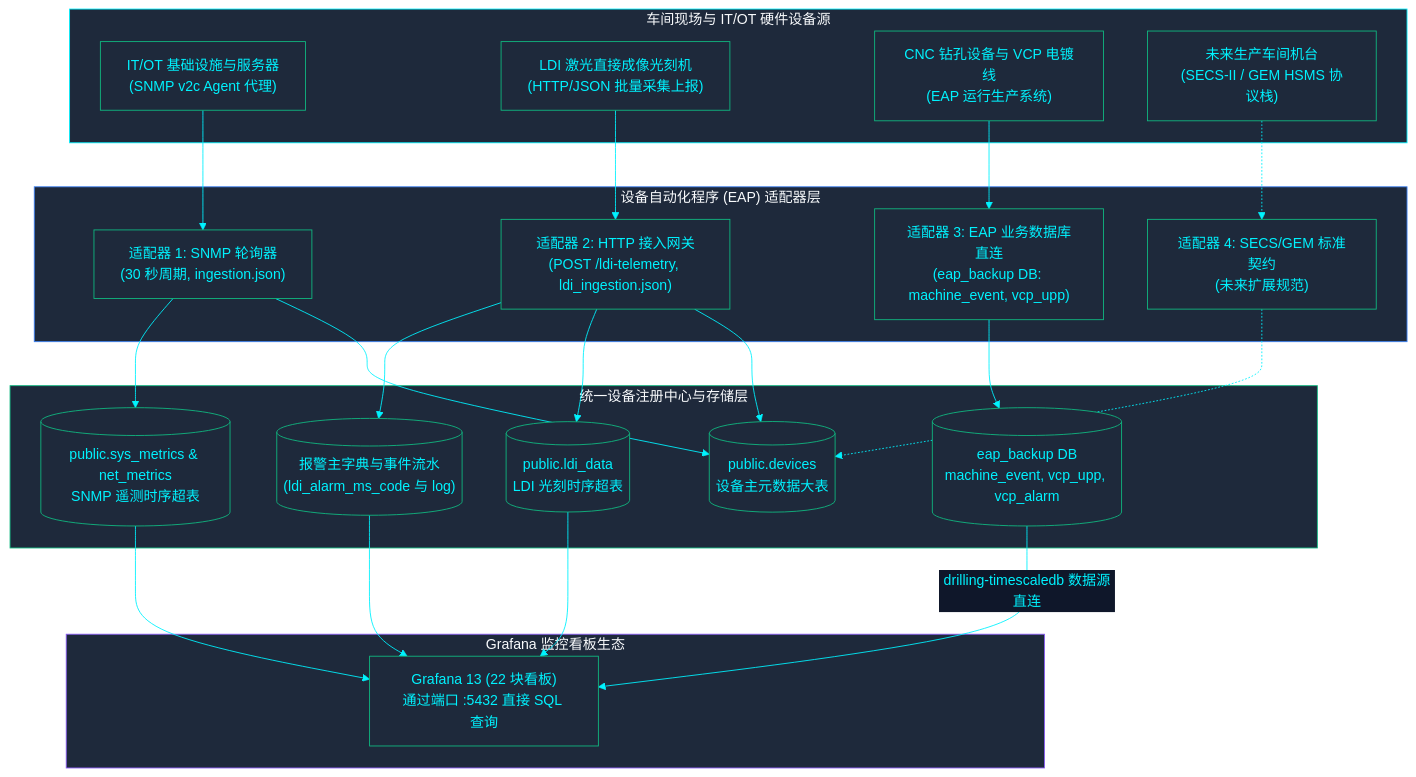
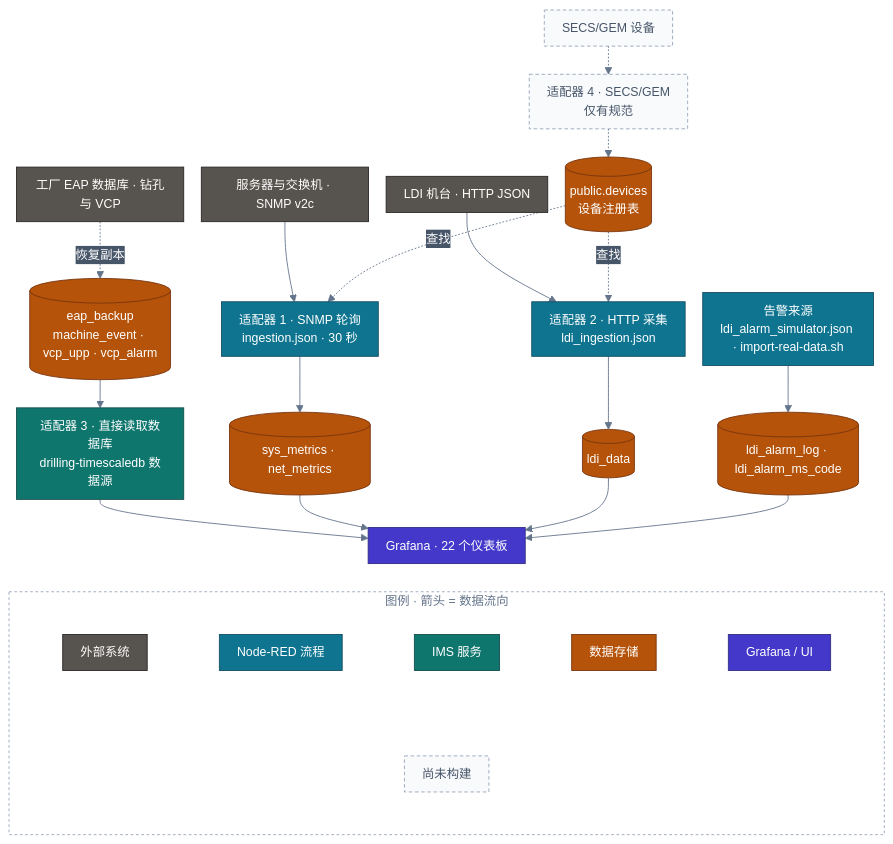
The diagram in zh-CN/docs/architecture/EAP_ARCHITECTURE.md (PATTANAKORN025/IMS), drawn with Mermaid before and after one commit. The commit also changed 84 other files, not shown here.

First line of the commit message:
docs(diagrams): one verified, accessible standard for every Mermaid diagram

````diff
--- a/zh-CN/docs/architecture/EAP_ARCHITECTURE.md
+++ b/zh-CN/docs/architecture/EAP_ARCHITECTURE.md
@@ -30,47 +30,59 @@
 ```mermaid
-%%{init: {'theme': 'base', 'themeVariables': { 'primaryColor': '#1e293b', 'primaryTextColor': '#00F2FE', 'primaryBorderColor': '#10B981', 'lineColor': '#00F2FE', 'secondaryColor': '#0f172a', 'tertiaryColor': '#0f172a', 'clusterBkg': '#030407', 'clusterBorder': '#00F2FE'}}}%%
+%%{init: {"flowchart": {"nodeSpacing": 20, "rankSpacing": 32, "padding": 10, "wrappingWidth": 150, "curve": "basis"}, "sequence": {"wrap": true, "width": 170, "actorMargin": 36, "boxMargin": 8, "noteMargin": 8, "messageMargin": 30, "mirrorActors": false}, "state": {"padding": 6}, "theme": "base", "themeVariables": {"fontFamily": "Inter, Segoe UI, Helvetica, Arial, sans-serif", "fontSize": "14px", "primaryColor": "#334155", "primaryTextColor": "#ffffff", "primaryBorderColor": "#1e293b", "lineColor": "#64748b", "textColor": "#64748b", "secondaryColor": "#475569", "tertiaryColor": "#f1f5f9", "clusterBkg": "transparent", "clusterBorder": "#94a3b8", "titleColor": "#64748b", "edgeLabelBackground": "#475569", "nodeTextColor": "#ffffff", "noteBkgColor": "#fef3c7", "noteTextColor": "#1e293b", "noteBorderColor": "#d97706", "actorBkg": "#334155", "actorTextColor": "#ffffff", "actorBorder": "#1e293b", "actorLineColor": "#94a3b8", "signalColor": "#64748b", "signalTextColor": "#64748b", "labelBoxBkgColor": "#334155", "labelBoxBorderColor": "#1e293b", "labelTextColor": "#ffffff", "loopTextColor": "#64748b", "activationBkgColor": "#e2e8f0", "sequenceNumberColor": "#ffffff", "stateLabelColor": "#ffffff", "compositeBackground": "transparent", "transitionColor": "#64748b", "transitionLabelColor": "#64748b"}}}%%
 flowchart TB
-  subgraph SOURCES["车间现场与 IT/OT 硬件设备源"]
-    S1["IT/OT 基础设施与服务器\n(SNMP v2c Agent 代理)"]
-    S2["LDI 激光直接成像光刻机\n(HTTP/JSON 批量采集上报)"]
-    S3["CNC 钻孔设备与 VCP 电镀线\n(EAP 运行生产系统)"]
-    S4["未来生产车间机台\n(SECS-II / GEM HSMS 协议栈)"]
+  accTitle: 设备集成适配器
+  accDescr: 现有三种适配器：Node-RED 中的 SNMP 轮询与 HTTP 采集（在 public.devices 中查找机台），以及直接读取 eap_backup 数据库；LDI 告警来自告警模拟器或真实数据导入；SECS/GEM 适配器已有规范但尚未构建。
+  S1["服务器与交换机 · SNMP v2c"]:::ext
+  S2["LDI 机台 · HTTP JSON"]:::ext
+  S3["工厂 EAP 数据库 · 钻孔与 VCP"]:::ext
+  S4["SECS/GEM 设备"]:::future
+  A1["适配器 1 · SNMP 轮询<br/>ingestion.json · 30 秒"]:::flow
+  A2["适配器 2 · HTTP 采集<br/>ldi_ingestion.json"]:::flow
+  A3["适配器 3 · 直接读取数据库<br/>drilling-timescaledb 数据源"]:::app
+  A4["适配器 4 · SECS/GEM<br/>仅有规范"]:::future
+  ASRC["告警来源<br/>ldi_alarm_simulator.json · import-real-data.sh"]:::flow
+  DEV[("public.devices<br/>设备注册表")]:::store
+  HSYS[("sys_metrics · net_metrics")]:::store
+  HLDI[("ldi_data")]:::store
+  ALM[("ldi_alarm_log · ldi_alarm_ms_code")]:::store
+  EAPDB[("eap_backup<br/>machine_event · vcp_upp · vcp_alarm")]:::store
+  GRAF["Grafana · 22 个仪表板"]:::viz
+  S1 --> A1 --> HSYS
+  S2 --> A2 --> HLDI
+  DEV -.->|"查找"| A1
+  DEV -.->|"查找"| A2
+  S3 -.->|"恢复副本"| EAPDB
+  EAPDB --> A3 --> GRAF
+  ASRC --> ALM
+  S4 -.-> A4 -.-> DEV
+  HSYS --> GRAF
+  HLDI --> GRAF
+  ALM --> GRAF
+
+  subgraph LEGEND["图例 · 箭头 = 数据流向"]
+    direction TB
+    subgraph LEGEND_0[" "]
+      direction LR
+      LG_ext["外部系统"]:::ext ~~~ LG_flow["Node-RED 流程"]:::flow ~~~ LG_app["IMS 服务"]:::app ~~~ LG_store["数据存储"]:::store ~~~ LG_viz["Grafana / UI"]:::viz
+    end
+    subgraph LEGEND_1[" "]
+      direction LR
+      LG_future["尚未构建"]:::future
+    end
+    LEGEND_0 ~~~ LEGEND_1
   end
-
-  subgraph ADAPTERS["设备自动化程序 (EAP) 适配器层"]
-    A1["适配器 1: SNMP 轮询器\n(30 秒周期, ingestion.json)"]
-    A2["适配器 2: HTTP 接入网关\n(POST /ldi-telemetry, ldi_ingestion.json)"]
-    A3["适配器 3: EAP 业务数据库直连\n(eap_backup DB: machine_event, vcp_upp)"]
-    A4["适配器 4: SECS/GEM 标准契约\n(未来扩展规范)"]
-  end
-
-  subgraph REGISTRY["统一设备注册中心与存储层"]
-    DEV[("public.devices\n设备主元数据大表")]
-    HT_SYS[("public.sys_metrics & net_metrics\nSNMP 遥测时序超表")]
-    HT_LDI[("public.ldi_data\nLDI 光刻时序超表")]
-    EAP_DB[("eap_backup DB\nmachine_event, vcp_upp, vcp_alarm")]
-    ALARM[("报警主字典与事件流水\n(ldi_alarm_ms_code 与 log)")]
-  end
-
-  subgraph VISUALIZATION["Grafana 监控看板生态"]
-    GRAF["Grafana 13 (22 块看板)\n通过端口 :5432 直接 SQL 查询"]
-  end
-
-  S1 --> A1 --> DEV
-  A1 --> HT_SYS
-  S2 --> A2 --> DEV
-  A2 --> HT_LDI
-  A2 --> ALARM
-  S3 --> A3 --> EAP_DB
-  S4 -.-> A4 -.-> DEV
-
-  HT_SYS --> GRAF
-  HT_LDI --> GRAF
-  EAP_DB -->|"drilling-timescaledb 数据源直连"| GRAF
-  ALARM --> GRAF
-
-  style SOURCES fill:#1e293b,stroke:#00F2FE,color:#f8fafc
-  style ADAPTERS fill:#1e293b,stroke:#3b82f6,color:#f8fafc
-  style REGISTRY fill:#1e293b,stroke:#10B981,color:#f8fafc
-  style VISUALIZATION fill:#1e293b,stroke:#8B5CF6,color:#f8fafc
+  GRAF ~~~ LEGEND
+  style LEGEND fill:transparent,stroke:#94a3b8,stroke-dasharray:3 3
+  style LEGEND_0 fill:transparent,stroke:transparent
+  style LEGEND_1 fill:transparent,stroke:transparent
+  classDef actor fill:#475569,stroke:#1e293b,color:#ffffff,stroke-width:1px
+  classDef ext fill:#57534e,stroke:#292524,color:#ffffff,stroke-width:1px
+  classDef ingress fill:#1d4ed8,stroke:#1e3a8a,color:#ffffff,stroke-width:1px
+  classDef app fill:#0f766e,stroke:#134e4a,color:#ffffff,stroke-width:1px
+  classDef flow fill:#0e7490,stroke:#164e63,color:#ffffff,stroke-width:1px
+  classDef store fill:#b45309,stroke:#78350f,color:#ffffff,stroke-width:1px
+  classDef viz fill:#4338ca,stroke:#312e81,color:#ffffff,stroke-width:1px
+  classDef obs fill:#6d28d9,stroke:#4c1d95,color:#ffffff,stroke-width:1px
+  classDef notify fill:#b91c1c,stroke:#7f1d1d,color:#ffffff,stroke-width:1px
+  classDef future fill:#f8fafc,stroke:#94a3b8,color:#475569,stroke-width:1px,stroke-dasharray:4 3
 ```
````
